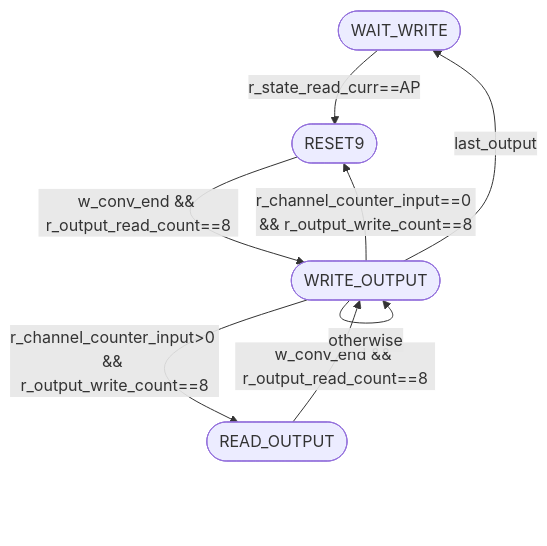
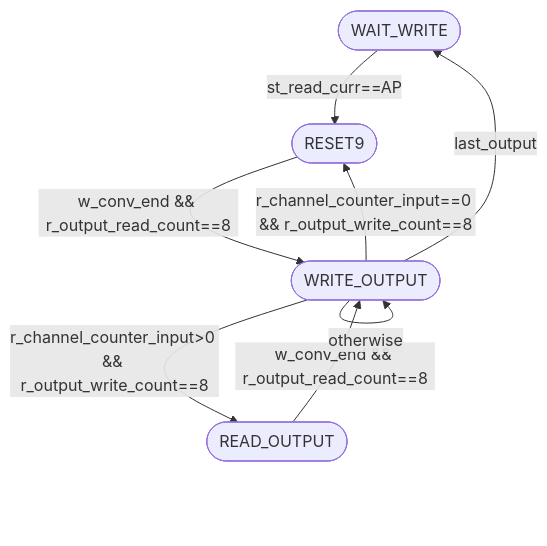
The third of 3 diagrams in rtl/control/README.md (tarsioonofrio/FastConv_SystemVerilog), drawn with Mermaid before and after one commit. The commit also changed other lines of this file and 5 other files, not shown here.

````diff
--- a/rtl/control/README.md
+++ b/rtl/control/README.md
@@ -99,10 +99,10 @@
 ```mermaid
 flowchart TB
-    WW(["WAIT_WRITE"]) -->|"r_state_read_curr==AP"| Z(["RESET9"])
+    WW(["WAIT_WRITE"]) -->|"st_read_curr==AP"| Z(["RESET9"])
     Z -->|"w_conv_end && r_output_read_count==8"| WR(["WRITE_OUTPUT"])
     R(["READ_OUTPUT"]) -->|"w_conv_end && r_output_read_count==8"| WR
     WR -->|"r_channel_counter_input==0 && r_output_write_count==8"| Z
     WR -->|"r_channel_counter_input>0 && r_output_write_count==8"| R
     WR -->|"last_output"| WW
     WR -->|"otherwise"| WR
 ```
````
